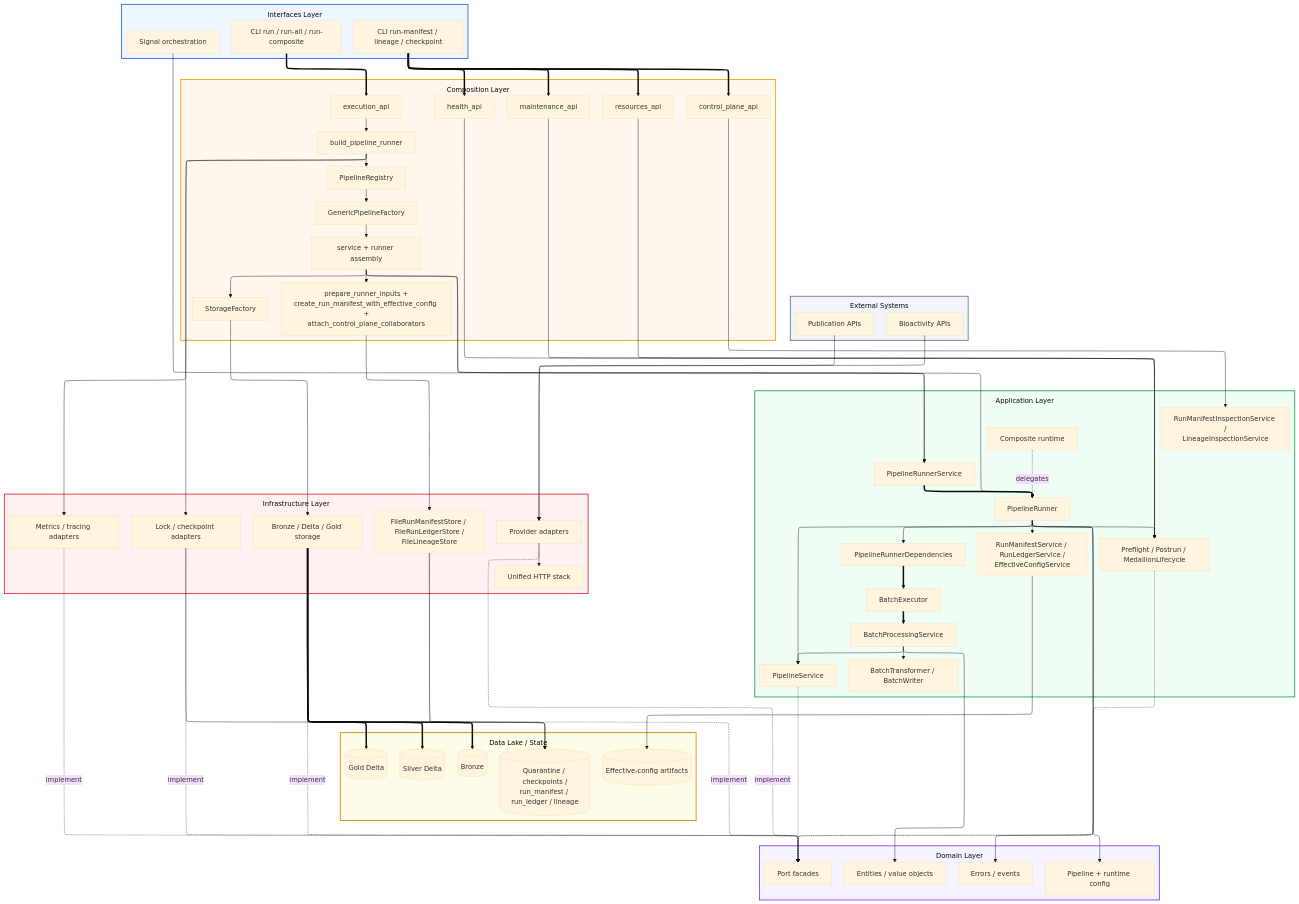
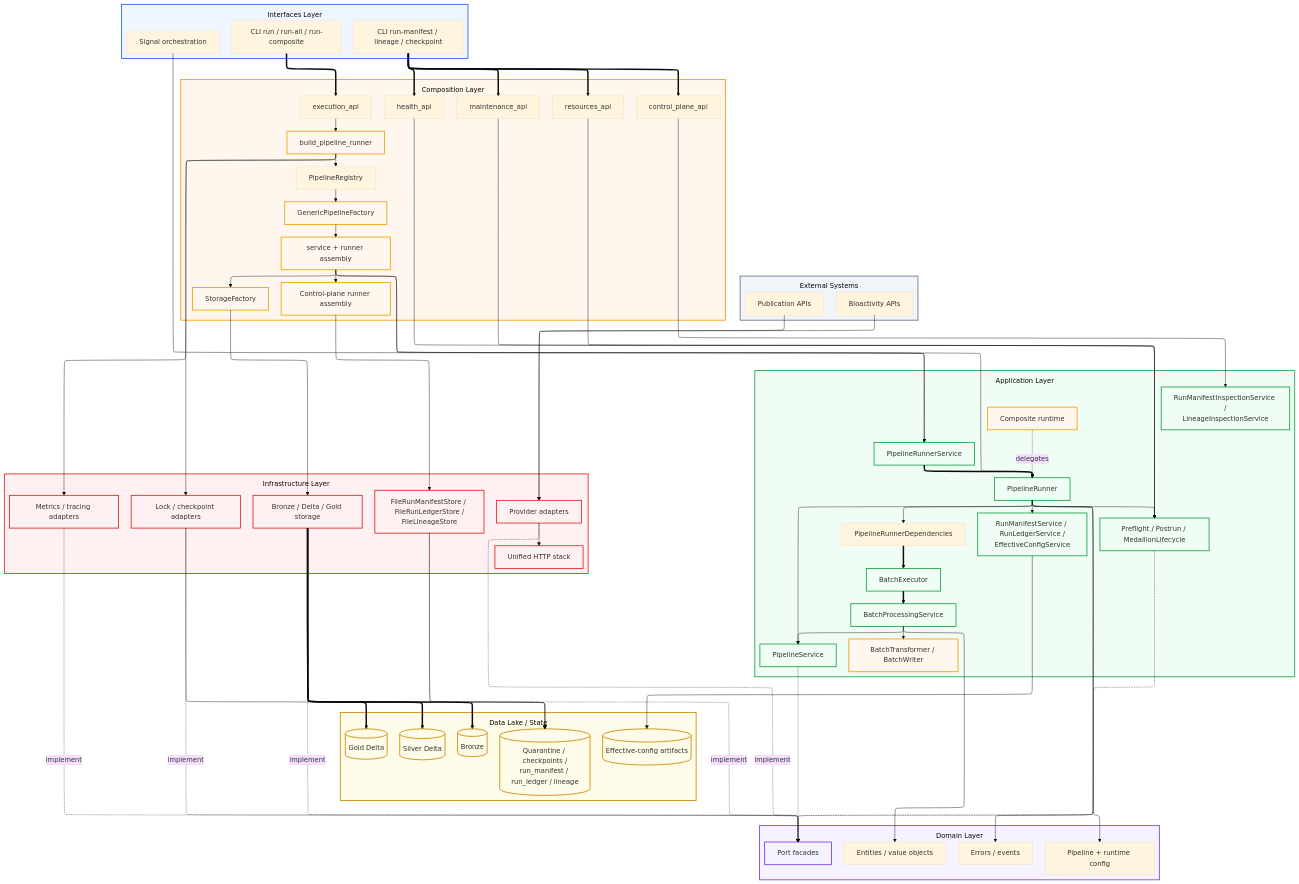
The diagram in docs/02-architecture/diagrams/foundation/01-full-system-component.mmd (SatoryKono/BioactivityDataAcquisition), drawn with Mermaid (base theme) before and after one commit. The commit also changed 14 other files, not shown here.

```diff
--- a/docs/02-architecture/diagrams/foundation/01-full-system-component.mmd
+++ b/docs/02-architecture/diagrams/foundation/01-full-system-component.mmd
@@ -1,154 +1,165 @@
 %% Title: Full System Component Diagram
 %% Covers: RULES.md §1.1 (Five-Layer Architecture), §1.2 (Ports & Adapters), composition/runtime_builders, application/core
 %% Updated: 2026-03-28
 %% Components: CLI command families, execution/control-plane/health/maintenance/resources APIs, control-plane builders, PipelineRunnerService, PipelineRunner, BatchExecutor, BatchProcessingService, inspection/control-plane services, provider adapters, medallion + control-plane storage
 
 %% @version 1.3.0
 %% @date    2026-03-28
 %% @type    flowchart
 %% @level   Mixed (System / Component / Class)
 %% @nodes   35
 %% Legend: docs/02-architecture/diagrams/views/00-legend.mermaid
 %% @png-scale 6
 %% @png-dpi   600
 %% @adr     ADR-040
 %% @uniform width=252 height=72 max_title_len=30 max_desc_lines=1
 %%{init: {'layout': 'elk', 'flowchart': {'subGraphTitleMargin': {'top': 12, 'bottom': 12}}, 'elk': {'mergeEdges': true, 'nodePlacementStrategy': 'BRANDES_KOEPF', 'edgeRouting': 'ORTHOGONAL'}}}%%
 flowchart TB
     subgraph External["External Systems"]
         direction LR
         BioactivityAPIs["Bioactivity APIs"]
         PublicationAPIs["Publication APIs"]
     end
 
     subgraph Interfaces["Interfaces Layer"]
         direction TB
         CLI["CLI run / run-all / run-composite"]
         InspectCLI["CLI run-manifest / lineage / checkpoint"]
         Signals["Signal orchestration"]
     end
 
     subgraph Composition["Composition Layer"]
         direction TB
         ExecAPI["execution_api"]
         ControlPlaneAPI["control_plane_api"]
         HealthAPI["health_api"]
         MaintenanceAPI["maintenance_api"]
         ResourcesAPI["resources_api"]
         BuildRunner["build_pipeline_runner"]
         Registry["PipelineRegistry"]
         PipelineFactory["GenericPipelineFactory"]
         StorageFactory["StorageFactory"]
         Assembly["service + runner assembly"]
-        ControlPlaneBuild["prepare_runner_inputs +<br/>create_run_manifest_with_effective_config +<br/>attach_control_plane_collaborators"]
+        ControlPlaneBuild["Control-plane runner assembly"]
     end
 
     subgraph Application["Application Layer"]
         direction TB
         RunnerService["PipelineRunnerService"]
         PipelineRunner["PipelineRunner"]
         RunnerDeps["PipelineRunnerDependencies"]
         BatchExecutor["BatchExecutor"]
         BatchProcessing["BatchProcessingService"]
         TransformWrite["BatchTransformer / BatchWriter"]
         PipelineServices["PipelineService"]
         Lifecycle["Preflight / Postrun / MedallionLifecycle"]
         CompositeRuntime["Composite runtime"]
         ControlPlaneServices["RunManifestService / RunLedgerService /<br/>EffectiveConfigService"]
         InspectionServices["RunManifestInspectionService /<br/>LineageInspectionService"]
     end
 
     subgraph Domain["Domain Layer"]
         direction TB
         Ports["Port facades"]
         Models["Entities / value objects"]
         RuntimeConfig["Pipeline + runtime config"]
         Errors["Errors / events"]
     end
 
     subgraph Infrastructure["Infrastructure Layer"]
         direction TB
         ProviderAdapters["Provider adapters"]
         HTTPStack["Unified HTTP stack"]
         StorageRuntime["Bronze / Delta / Gold storage"]
         StateAdapters["Lock / checkpoint adapters"]
         ControlPlaneStores["FileRunManifestStore / FileRunLedgerStore /<br/>FileLineageStore"]
         Observability["Metrics / tracing adapters"]
     end
 
     subgraph DataLake["Data Lake / State"]
         direction LR
         Bronze[("Bronze")]
         Silver[("Silver Delta")]
         Gold[("Gold Delta")]
         ControlPlane[("Quarantine / checkpoints /<br/>run_manifest / run_ledger / lineage")]
         ConfigArtifacts[("Effective-config artifacts")]
     end
 
     BioactivityAPIs --> ProviderAdapters
     PublicationAPIs --> ProviderAdapters
 
     CLI ==> ExecAPI
     InspectCLI ==> ControlPlaneAPI
     InspectCLI ==> HealthAPI
     InspectCLI ==> MaintenanceAPI
     InspectCLI ==> ResourcesAPI
     Signals --> RunnerService
 
     ExecAPI --> BuildRunner
     BuildRunner --> Registry --> PipelineFactory
     PipelineFactory --> Assembly
     Assembly --> StorageFactory
     Assembly --> RunnerService
     Assembly --> PipelineRunner
     Assembly --> ControlPlaneBuild
     ControlPlaneAPI --> InspectionServices
     HealthAPI --> Lifecycle
     MaintenanceAPI --> Lifecycle
     ResourcesAPI --> Lifecycle
 
     RunnerService ==> PipelineRunner
     PipelineRunner --> RunnerDeps
     RunnerDeps ==> BatchExecutor
     PipelineRunner --> PipelineServices
     PipelineRunner --> Lifecycle
     PipelineRunner --> ControlPlaneServices
     BatchExecutor ==> BatchProcessing
     BatchProcessing --> TransformWrite
     BatchProcessing --> PipelineServices
     CompositeRuntime -.->|"delegates"| PipelineRunner
 
     PipelineRunner -.-> Ports
     PipelineServices -.-> Ports
     Lifecycle -.-> Ports
     BatchProcessing --> Models
     PipelineRunner --> RuntimeConfig
     PipelineRunner --> Errors
 
     ProviderAdapters -.->|"implement"| Ports
     StorageRuntime -.->|"implement"| Ports
     StateAdapters -.->|"implement"| Ports
     ControlPlaneStores -.->|"implement"| Ports
     Observability -.->|"implement"| Ports
 
     ProviderAdapters --> HTTPStack
     StorageFactory --> StorageRuntime
     BuildRunner --> StateAdapters
     ControlPlaneBuild --> ControlPlaneStores
     BuildRunner --> Observability
 
     StorageRuntime ==> Bronze
     StorageRuntime ==> Silver
     StorageRuntime ==> Gold
     StateAdapters --> ControlPlane
     StorageRuntime -.-> ControlPlane
     ControlPlaneStores --> ControlPlane
     ControlPlaneServices --> ConfigArtifacts
 
     style External fill:#f1f5f9,stroke:#64748b,stroke-width:2px
     style Interfaces fill:#eff6ff,stroke:#2563eb,stroke-width:2px
     style Composition fill:#fff7ed,stroke:#f59e0b,stroke-width:2px
     style Application fill:#f0fdf4,stroke:#16a34a,stroke-width:2px
     style Domain fill:#f5f3ff,stroke:#7c3aed,stroke-width:2px
     style Infrastructure fill:#fff1f2,stroke:#dc2626,stroke-width:2px
     style DataLake fill:#fefce8,stroke:#ca8a04,stroke-width:2px
+
+    classDef port fill:#f5f3ff,stroke:#7c3aed,stroke-width:2px
+    classDef adapter fill:#fff1f2,stroke:#dc2626,stroke-width:2px
+    classDef service fill:#f0fdf4,stroke:#16a34a,stroke-width:2px
+    classDef process fill:#fff7ed,stroke:#f59e0b,stroke-width:2px
+    classDef storage fill:#fefce8,stroke:#ca8a04,stroke-width:2px
+    class Ports port
+    class ProviderAdapters,HTTPStack,StorageRuntime,StateAdapters,ControlPlaneStores,Observability adapter
+    class RunnerService,PipelineRunner,BatchExecutor,BatchProcessing,PipelineServices,Lifecycle,ControlPlaneServices,InspectionServices service
+    class BuildRunner,PipelineFactory,StorageFactory,Assembly,ControlPlaneBuild,TransformWrite,CompositeRuntime process
+    class Bronze,Silver,Gold,ControlPlane,ConfigArtifacts storage
```
